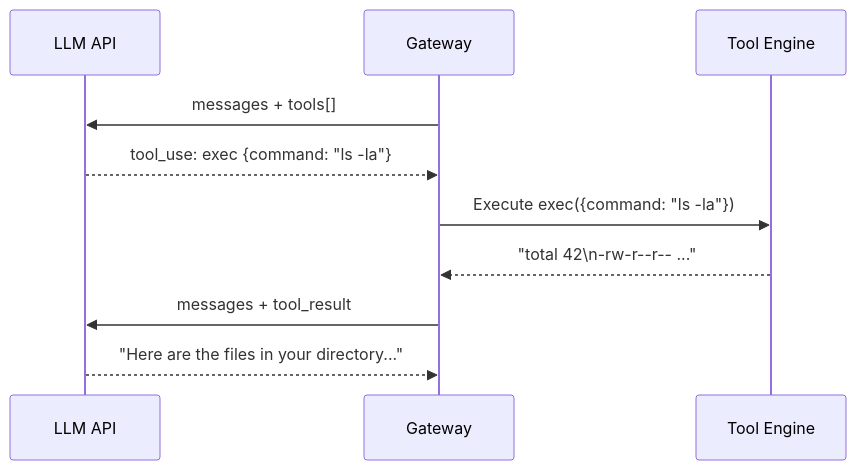
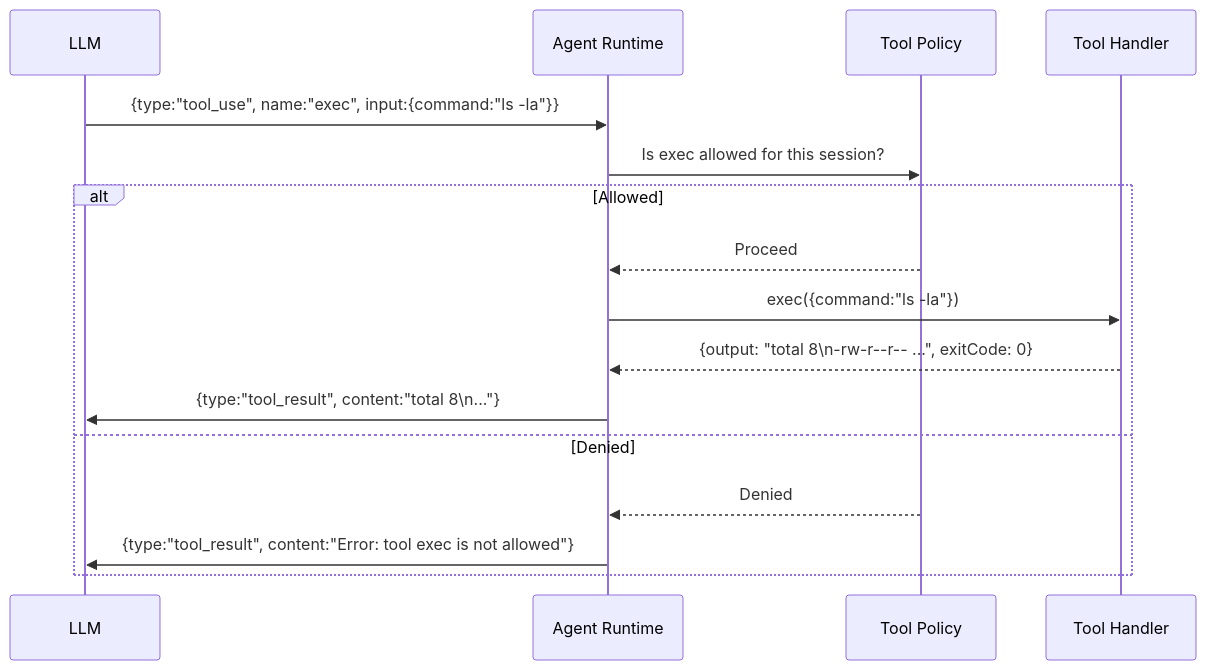
Before and after one commit to reddinft/openclaw-academy: the diagram in course/module-04-agents/02-tool-system.md, drawn with Mermaid. The commit also changed other lines of this file and 45 other files, not shown here.

````diff
--- a/course/module-04-agents/02-tool-system.md
+++ b/course/module-04-agents/02-tool-system.md
@@ -19,13 +92,19 @@
 ```mermaid
 sequenceDiagram
-    participant LLM as LLM API
-    participant GW as Gateway
-    participant TOOL as Tool Engine
+    participant LLM
+    participant Agent as Agent Runtime
+    participant Policy as Tool Policy
+    participant Handler as Tool Handler
 
-    GW->>LLM: messages + tools[]
-    LLM-->>GW: tool_use: exec {command: "ls -la"}
-    GW->>TOOL: Execute exec({command: "ls -la"})
-    TOOL-->>GW: "total 42\n-rw-r--r-- ..."
-    GW->>LLM: messages + tool_result
-    LLM-->>GW: "Here are the files in your directory..."
+    LLM->>Agent: {type:"tool_use", name:"exec", input:{command:"ls -la"}}
+    Agent->>Policy: Is exec allowed for this session?
+    alt Allowed
+        Policy-->>Agent: Proceed
+        Agent->>Handler: exec({command:"ls -la"})
+        Handler-->>Agent: {output: "total 8\n-rw-r--r-- ...", exitCode: 0}
+        Agent->>LLM: {type:"tool_result", content:"total 8\n..."}
+    else Denied
+        Policy-->>Agent: Denied
+        Agent->>LLM: {type:"tool_result", content:"Error: tool exec is not allowed"}
+    end
 ```
````
